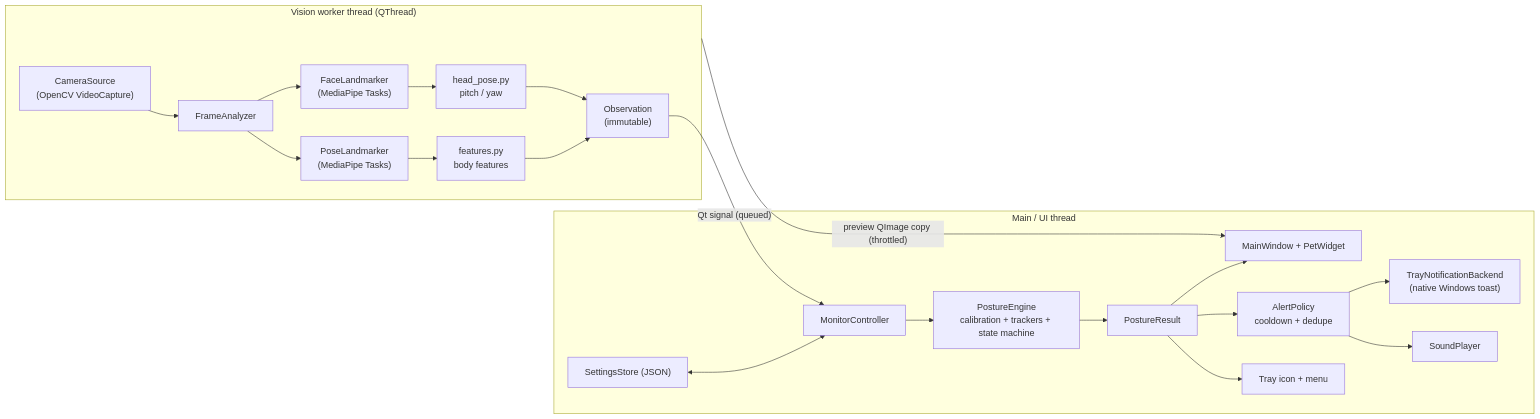
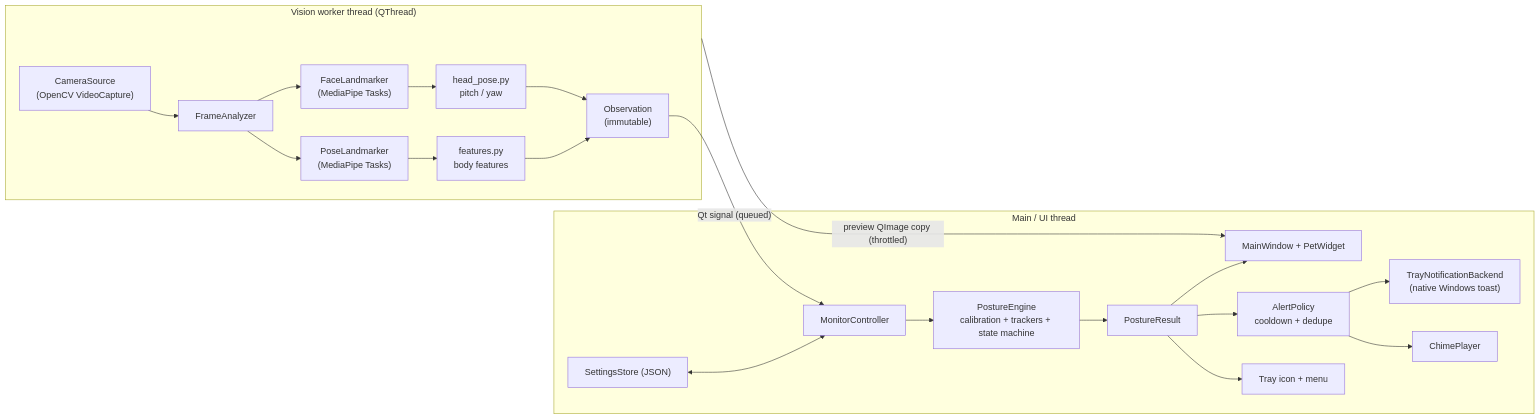
One commit to bhavitha1917/pixel-posture changed the first of 4 diagrams in README.md. Above: the diagram before and after it, drawn with Mermaid. The commit also changed other lines of this file and 28 other files, not shown here.

````diff
--- a/README.md
+++ b/README.md
@@ -116,24 +117,24 @@
 ```mermaid
 flowchart LR
     subgraph Worker["Vision worker thread (QThread)"]
         CAM["CameraSource<br/>(OpenCV VideoCapture)"] --> FA["FrameAnalyzer"]
         FA --> PL["PoseLandmarker<br/>(MediaPipe Tasks)"]
         FA --> FL["FaceLandmarker<br/>(MediaPipe Tasks)"]
         PL --> FEAT["features.py<br/>body features"]
         FL --> HP["head_pose.py<br/>pitch / yaw"]
         FEAT --> OBS["Observation<br/>(immutable)"]
         HP --> OBS
     end
     subgraph Main["Main / UI thread"]
         MC["MonitorController"] --> ENG["PostureEngine<br/>calibration + trackers + state machine"]
         ENG --> RES["PostureResult"]
         RES --> UI["MainWindow + PetWidget"]
         RES --> AP["AlertPolicy<br/>cooldown + dedupe"]
         AP --> NB["TrayNotificationBackend<br/>(native Windows toast)"]
-        AP --> SND["SoundPlayer"]
+        AP --> SND["ChimePlayer"]
         RES --> TRAY["Tray icon + menu"]
         SET["SettingsStore (JSON)"] <--> MC
     end
     OBS -- "Qt signal (queued)" --> MC
     Worker -- "preview QImage copy (throttled)" --> UI
 ```
````
